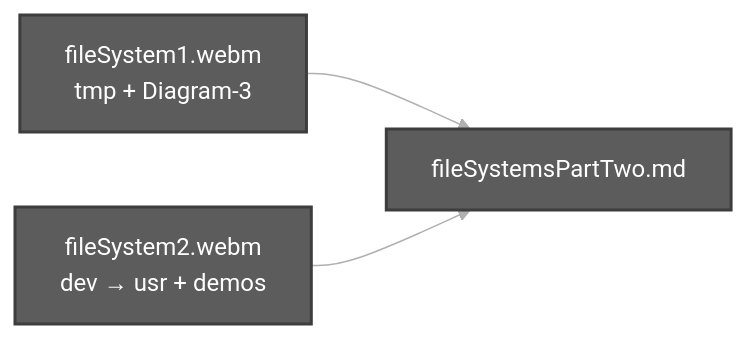
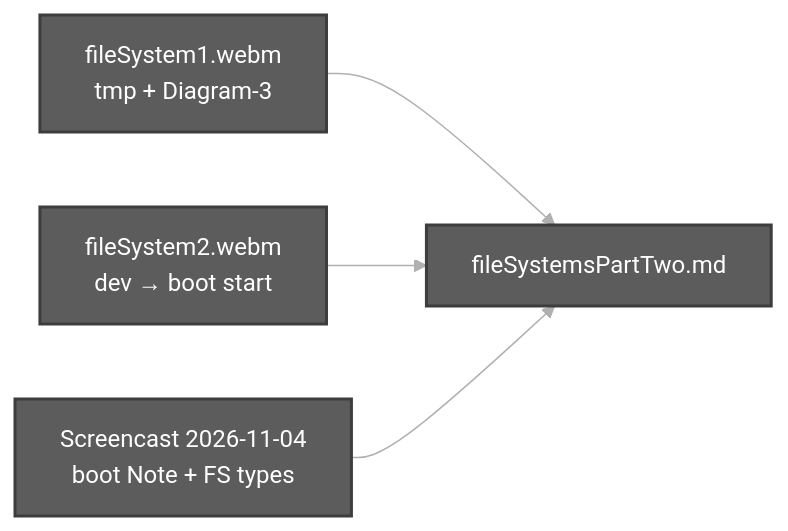
One commit to chaitussm/Linux-Basics changed the first of 14 diagrams in docs/topics/fileSystem/fileSystemsPartTwo.md. Above: the diagram before and after it, drawn with Mermaid. The commit also changed other lines of this file and 1 other file, not shown here.

First line of the commit message:
Update Session 5 notes from 2026-11-04 screencast

````diff
--- a/docs/topics/fileSystem/fileSystemsPartTwo.md
+++ b/docs/topics/fileSystem/fileSystemsPartTwo.md
@@ -45,12 +46,14 @@
 ```mermaid
 %%{init: {'theme': 'base', 'themeVariables': {'primaryColor': '#5c5c5c', 'primaryTextColor': '#ffffff', 'primaryBorderColor': '#3d3d3d', 'lineColor': '#b0b0b0'}}}%%
 flowchart LR
     P1["fileSystem1.webm<br/>tmp + Diagram-3"]
-    P2["fileSystem2.webm<br/>dev → usr + demos"]
+    P2["fileSystem2.webm<br/>dev → boot start"]
+    P3["Screencast 2026-11-04<br/>boot Note + FS types"]
     MD["fileSystemsPartTwo.md"]
     P1 --> MD
     P2 --> MD
+    P3 --> MD
 
     classDef darkGrey fill:#5c5c5c,stroke:#3d3d3d,color:#ffffff,stroke-width:2px
-    class P1,P2,MD darkGrey
+    class P1,P2,P3,MD darkGrey
 ```
````
